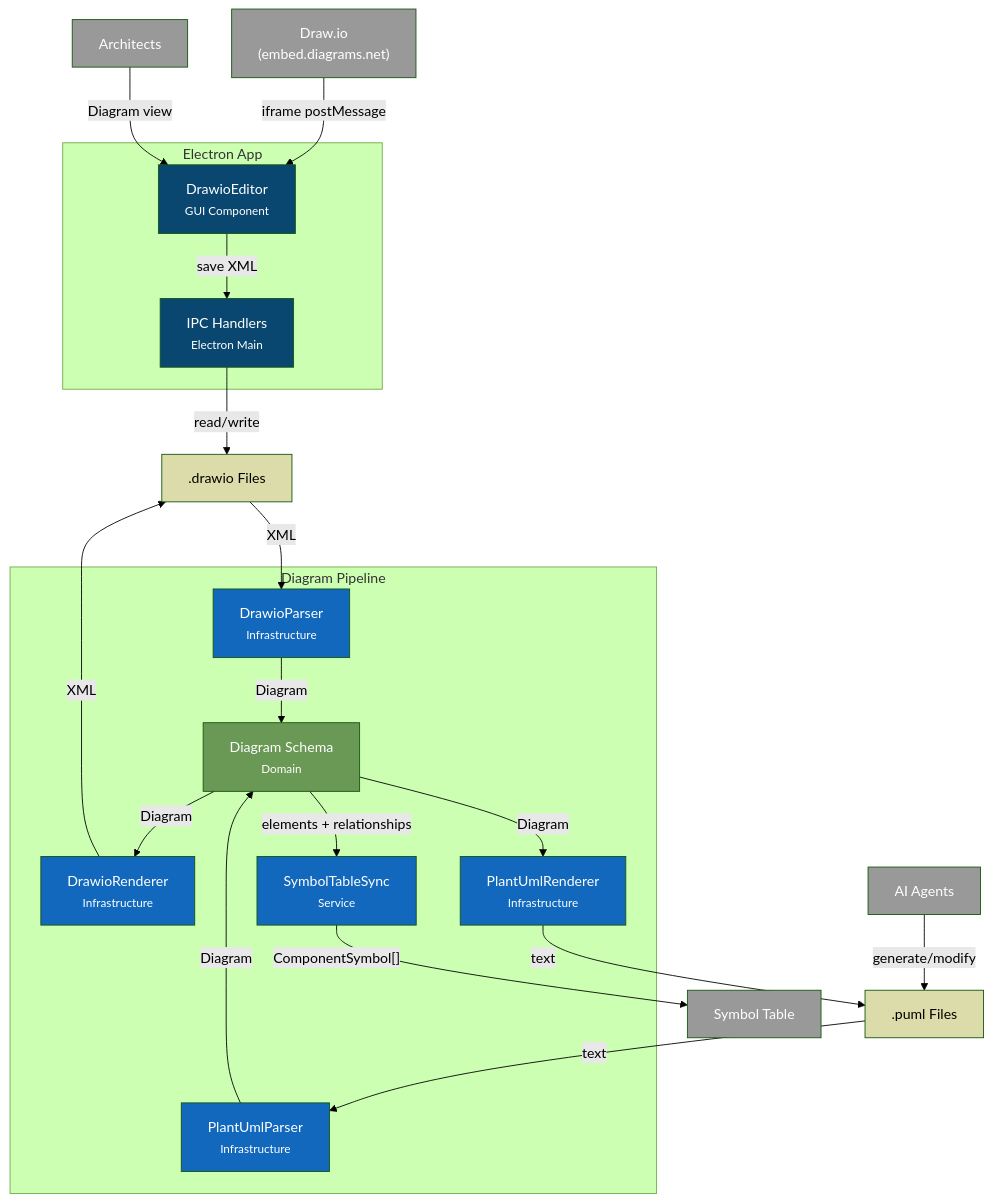
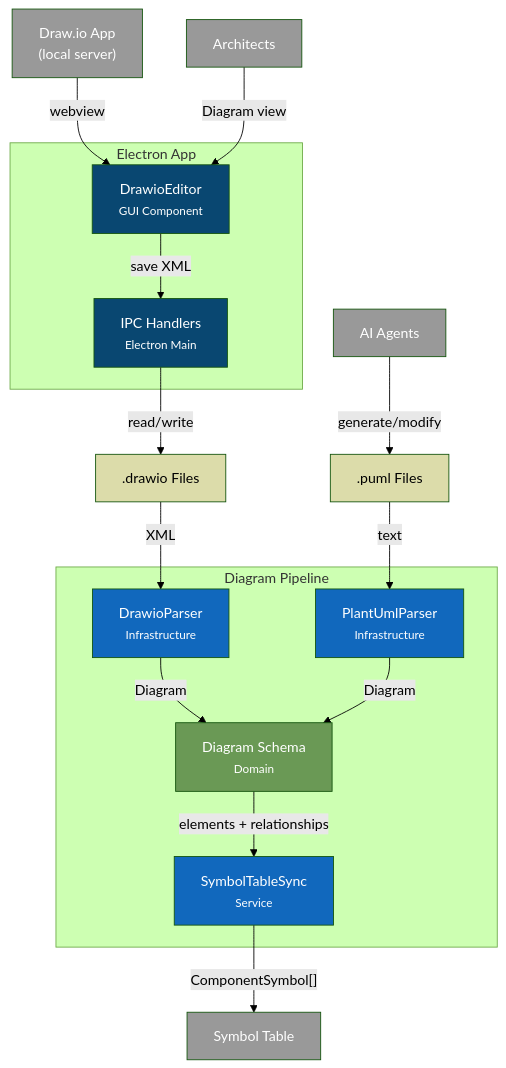
Before and after one commit to louipr/cyrus-code: the diagram in docs/c4/component-diagram-pipeline.md, drawn with Mermaid (forest theme). The commit also changed other lines of this file and 10 other files, not shown here.

First line of the commit message:
docs: remove obsolete HDL architecture, fix outdated references

````diff
--- a/docs/c4/component-diagram-pipeline.md
+++ b/docs/c4/component-diagram-pipeline.md
@@ -11,48 +11,42 @@
 ```mermaid
 flowchart TD
     subgraph electron ["Electron App"]
         editor["DrawioEditor<br/><small>GUI Component</small>"]
         ipc["IPC Handlers<br/><small>Electron Main</small>"]
     end
 
     subgraph pipeline ["Diagram Pipeline"]
         parser["DrawioParser<br/><small>Infrastructure</small>"]
-        renderer["DrawioRenderer<br/><small>Infrastructure</small>"]
         pumlParser["PlantUmlParser<br/><small>Infrastructure</small>"]
-        pumlRenderer["PlantUmlRenderer<br/><small>Infrastructure</small>"]
         sync["SymbolTableSync<br/><small>Service</small>"]
         schema["Diagram Schema<br/><small>Domain</small>"]
     end
 
-    drawio_embed["Draw.io<br/>(embed.diagrams.net)"] -->|"iframe postMessage"| editor
+    drawio_app["Draw.io App<br/>(local server)"] -->|"webview"| editor
     editor -->|"save XML"| ipc
     ipc -->|"read/write"| drawio[".drawio Files"]
     drawio -->|"XML"| parser
     parser -->|"Diagram"| schema
-    schema -->|"Diagram"| renderer
-    renderer -->|"XML"| drawio
 
     puml[".puml Files"] -->|"text"| pumlParser
     pumlParser -->|"Diagram"| schema
-    schema -->|"Diagram"| pumlRenderer
-    pumlRenderer -->|"text"| puml
 
     schema -->|"elements + relationships"| sync
     sync -->|"ComponentSymbol[]"| registry["Symbol Table"]
 
     ai["AI Agents"] -->|"generate/modify"| puml
     human["Architects"] -->|"Diagram view"| editor
 
     classDef component fill:#1168bd,color:#fff
     classDef schema fill:#6a9955,color:#fff
     classDef external fill:#999,color:#fff
     classDef file fill:#dcdcaa,color:#000
     classDef gui fill:#094771,color:#fff
 
-    class parser,renderer,pumlParser,pumlRenderer,sync component
+    class parser,pumlParser,sync component
     class schema schema
-    class registry,drawio_embed external
+    class registry,drawio_app external
     class drawio,puml file
     class ai,human external
     class editor,ipc gui
 ```
````
